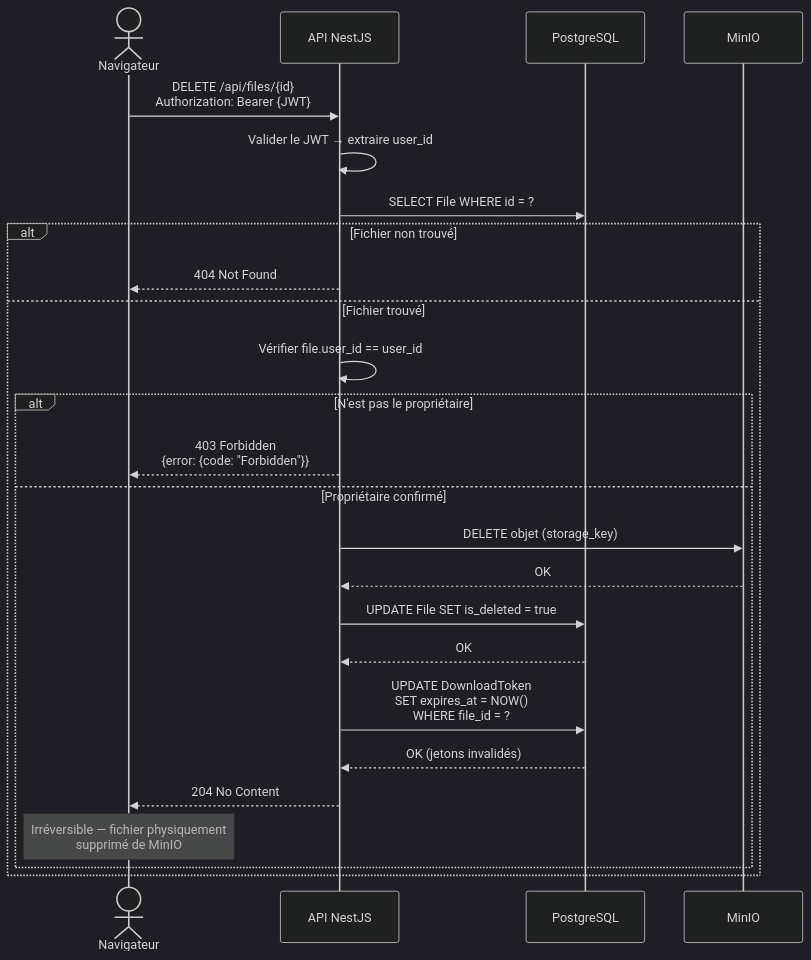
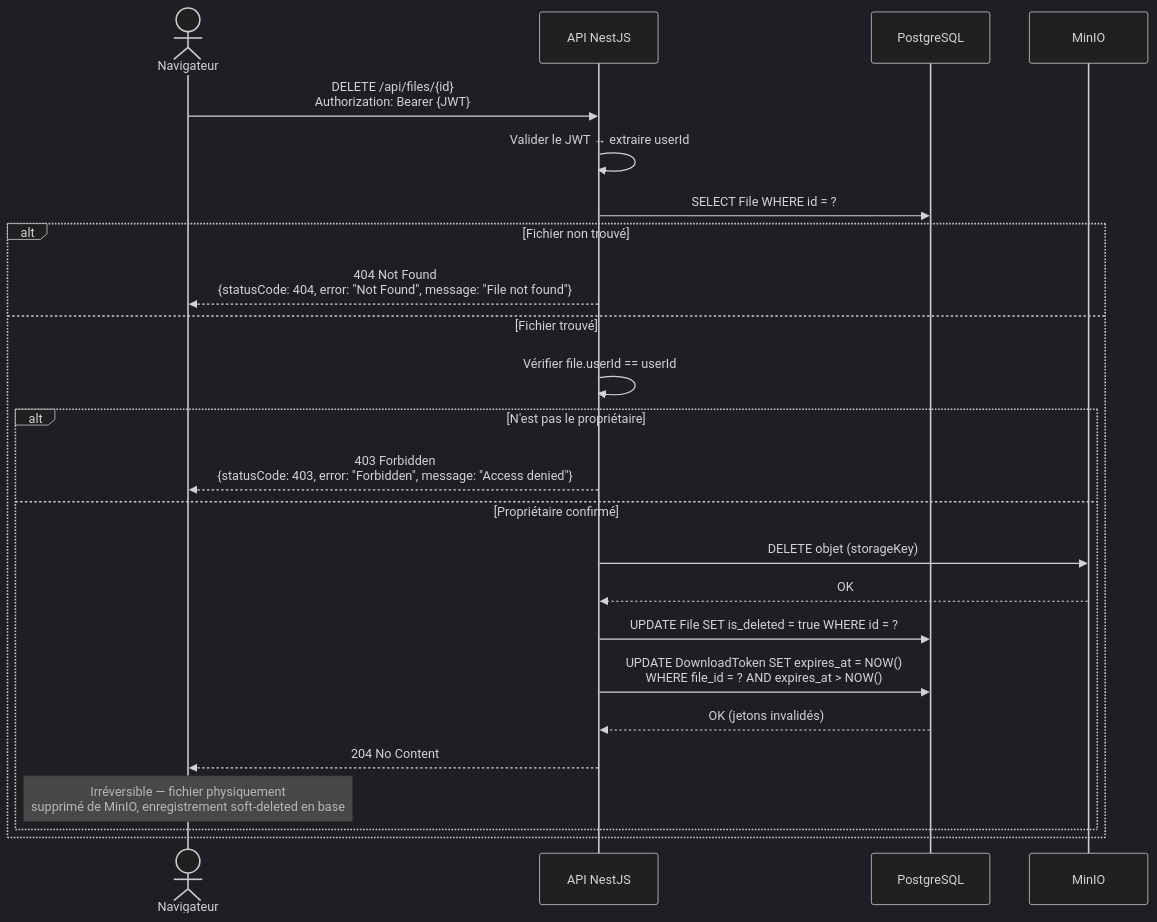
One commit to OC-Expert-DevOps/P3-OC-software-development-management changed the sixth of 9 diagrams in docs/architecture/03-sequence-diagrams.md. Above: the diagram before and after it, drawn with Mermaid (dark theme). The commit also changed other lines of this file and 5 other files, not shown here.

First line of the commit message:
fix(docs): align OpenAPI contract and architecture docs with real API (#55) (#56)

````diff
--- a/docs/architecture/03-sequence-diagrams.md
+++ b/docs/architecture/03-sequence-diagrams.md
@@ -186,28 +201,27 @@
 ```mermaid
 sequenceDiagram
     actor User as Navigateur
     participant API as API NestJS
     participant DB as PostgreSQL
     participant S3 as MinIO
 
     User->>API: DELETE /api/files/{id}<br/>Authorization: Bearer {JWT}
-    API->>API: Valider le JWT → extraire user_id
+    API->>API: Valider le JWT → extraire userId
     API->>DB: SELECT File WHERE id = ?
     alt Fichier non trouvé
-        API-->>User: 404 Not Found
+        API-->>User: 404 Not Found<br/>{statusCode: 404, error: "Not Found", message: "File not found"}
     else Fichier trouvé
-        API->>API: Vérifier file.user_id == user_id
+        API->>API: Vérifier file.userId == userId
         alt N'est pas le propriétaire
-            API-->>User: 403 Forbidden<br/>{error: {code: "Forbidden"}}
+            API-->>User: 403 Forbidden<br/>{statusCode: 403, error: "Forbidden", message: "Access denied"}
         else Propriétaire confirmé
-            API->>S3: DELETE objet (storage_key)
+            API->>S3: DELETE objet (storageKey)
             S3-->>API: OK
-            API->>DB: UPDATE File SET is_deleted = true
-            DB-->>API: OK
-            API->>DB: UPDATE DownloadToken<br/>SET expires_at = NOW()<br/>WHERE file_id = ?
+            API->>DB: UPDATE File SET is_deleted = true WHERE id = ?
+            API->>DB: UPDATE DownloadToken SET expires_at = NOW()<br/>WHERE file_id = ? AND expires_at > NOW()
             DB-->>API: OK (jetons invalidés)
             API-->>User: 204 No Content
-            Note over User: Irréversible — fichier physiquement<br/>supprimé de MinIO
+            Note over User: Irréversible — fichier physiquement<br/>supprimé de MinIO, enregistrement soft-deleted en base
         end
     end
 ```
````
